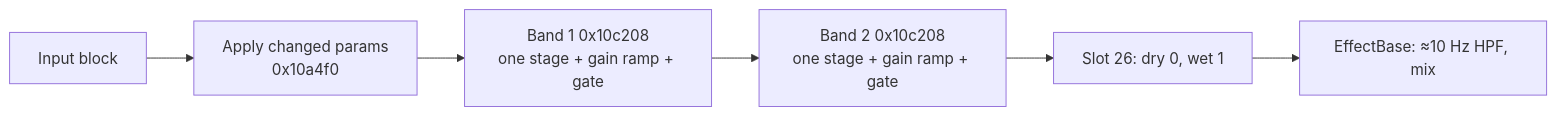
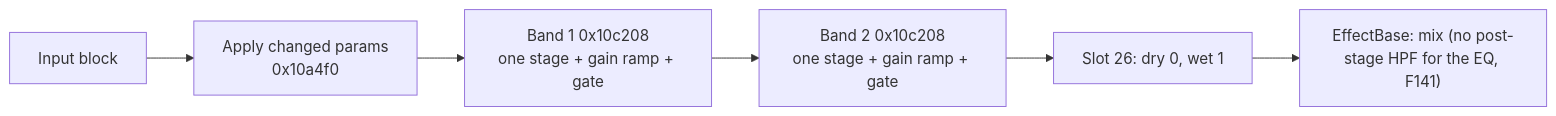
The diagram in docs/effects/parametric-eq.md (mtaylortech/PioneerSP16FirmwareResearch), drawn with Mermaid before and after one commit. The commit also changed other lines of this file and 95 other files, not shown here.

````diff
--- a/docs/effects/parametric-eq.md
+++ b/docs/effects/parametric-eq.md
@@ -23,7 +26,7 @@
 ```mermaid
 flowchart LR
   IN["Input block"] --> P["Apply changed params<br/>0x10a4f0"]
   P --> B1["Band 1 0x10c208<br/>one stage + gain ramp + gate"]
   B1 --> B2["Band 2 0x10c208<br/>one stage + gain ramp + gate"]
-  B2 --> M["Slot 26: dry 0, wet 1"] --> EB["EffectBase: ≈10 Hz HPF, mix"]
+  B2 --> M["Slot 26: dry 0, wet 1"] --> EB["EffectBase: mix (no post-stage HPF for the EQ, F141)"]
 ```
````
